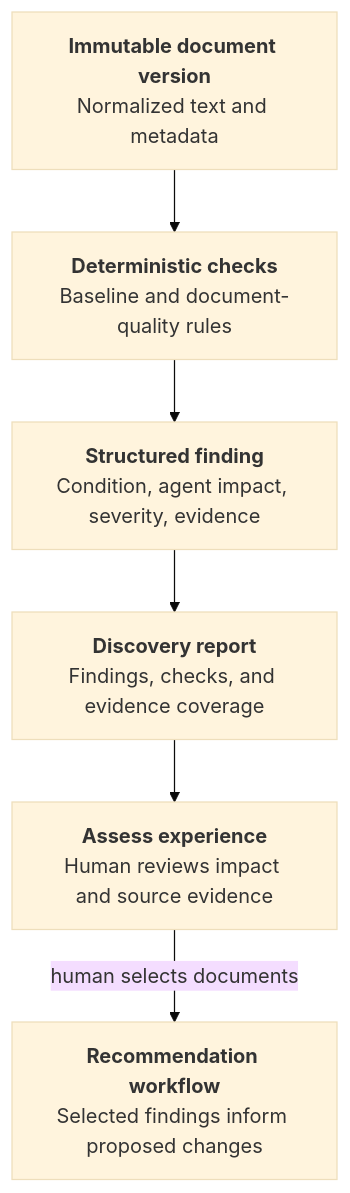
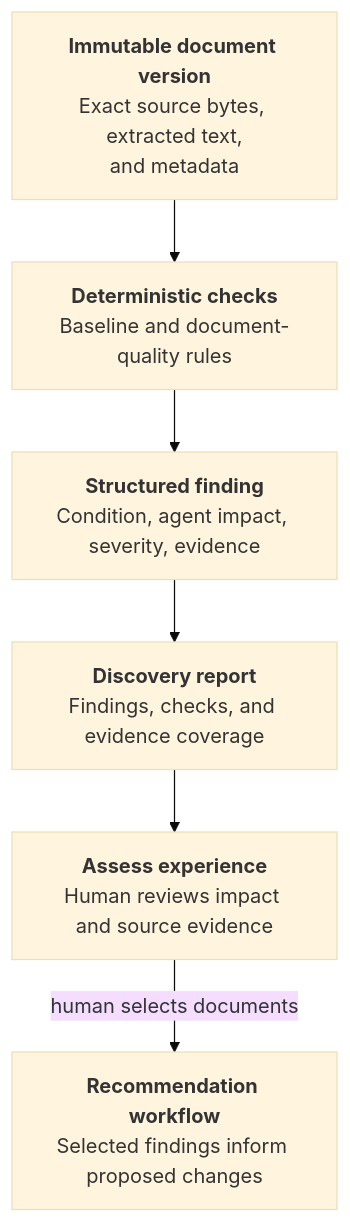
Before and after one commit to stjeffer/shaper: the sixth of 7 diagrams in docs/architecture.md, drawn with Mermaid (base theme). The commit also changed other lines of this file and 11 other files, not shown here.

First line of the commit message:
fix(ingestion): preserve exact source files

````diff
--- a/docs/architecture.md
+++ b/docs/architecture.md
@@ -549,21 +549,22 @@
 ```mermaid
 flowchart TB
     source["`**Immutable document version**
-    Normalized text and metadata`"]
+    Exact source bytes, extracted text,
+    and metadata`"]
     checks["`**Deterministic checks**
     Baseline and document-quality rules`"]
     finding["`**Structured finding**
     Condition, agent impact, severity, evidence`"]
     report["`**Discovery report**
     Findings, checks, and evidence coverage`"]
     review["`**Assess experience**
     Human reviews impact and source evidence`"]
     proposal["`**Recommendation workflow**
     Selected findings inform proposed changes`"]
 
     source --> checks
     checks --> finding
     finding --> report
     report --> review
     review -->|"`human selects documents`"| proposal
 ```
````
